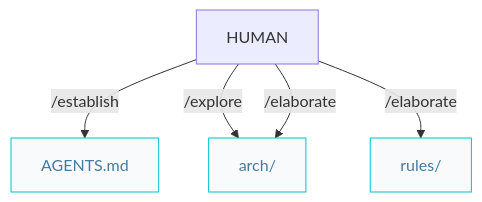
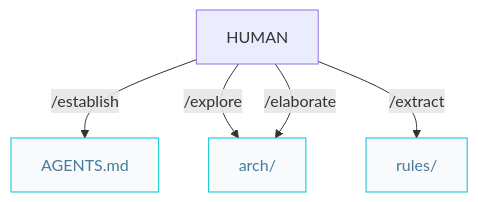
The first of 3 diagrams in docs/architect.pipelines.md (AIDDbot/AIDDbot), drawn with Mermaid before and after one commit. The commit also changed other lines of this file and 18 other files, not shown here.

First line of the commit message:
docs: unify architect workflow into one mode-aware pipeline

````diff
--- a/docs/architect.pipelines.md
+++ b/docs/architect.pipelines.md
@@ -7,14 +7,14 @@
 ```mermaid
 flowchart TD  
   HUM[HUMAN]
   AGT["AGENTS.md"]:::nd
   ARC["arch/"]:::nd
   RUL["rules/"]:::nd
 
   HUM -->|/establish| AGT
   HUM -->|/explore| ARC
   HUM -->|/elaborate| ARC
-  HUM -->|/elaborate| RUL
+  HUM -->|/extract| RUL
 
   classDef nd fill:#f8fafc,stroke:#00c4cc,color:#457b9d
 ```
````
